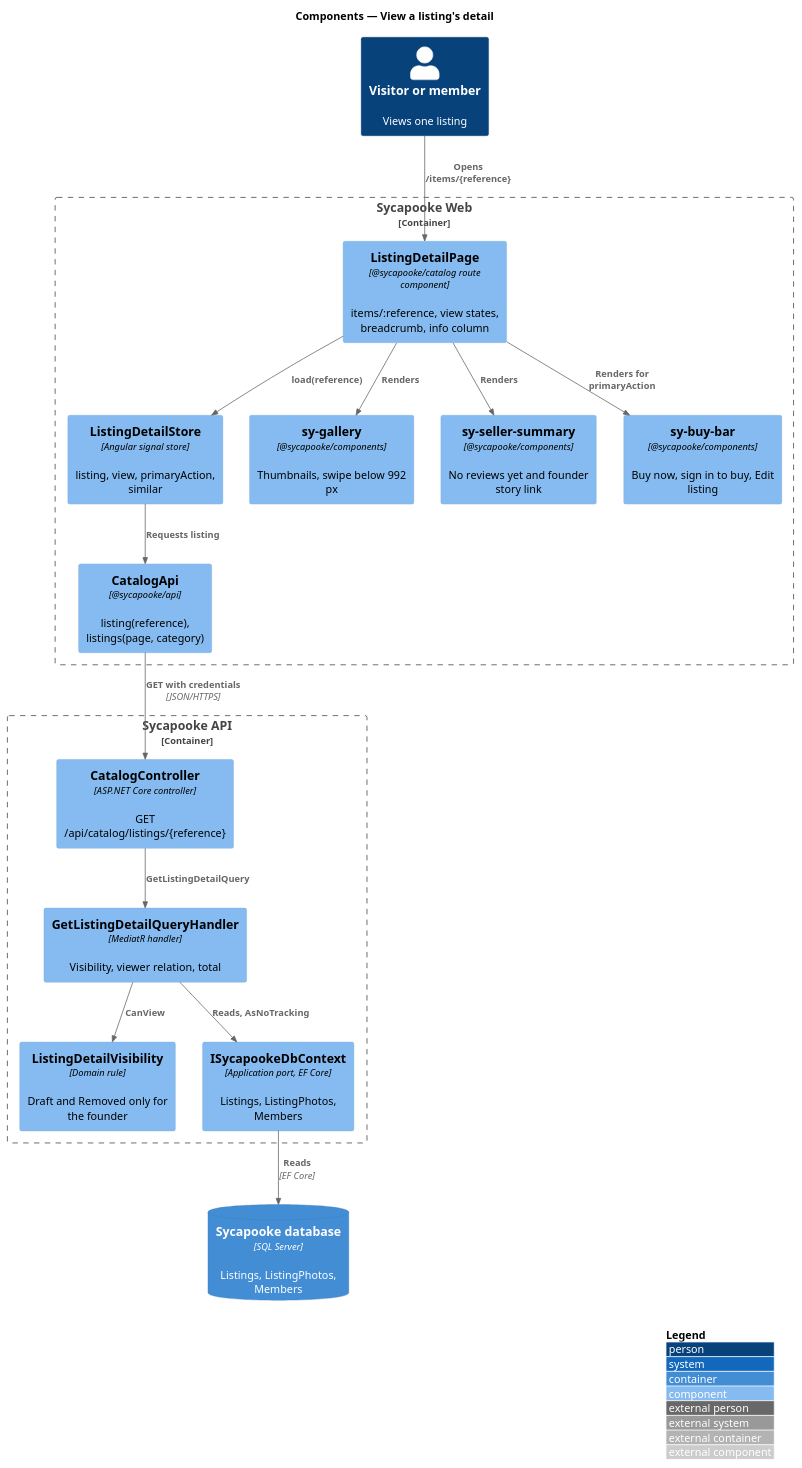
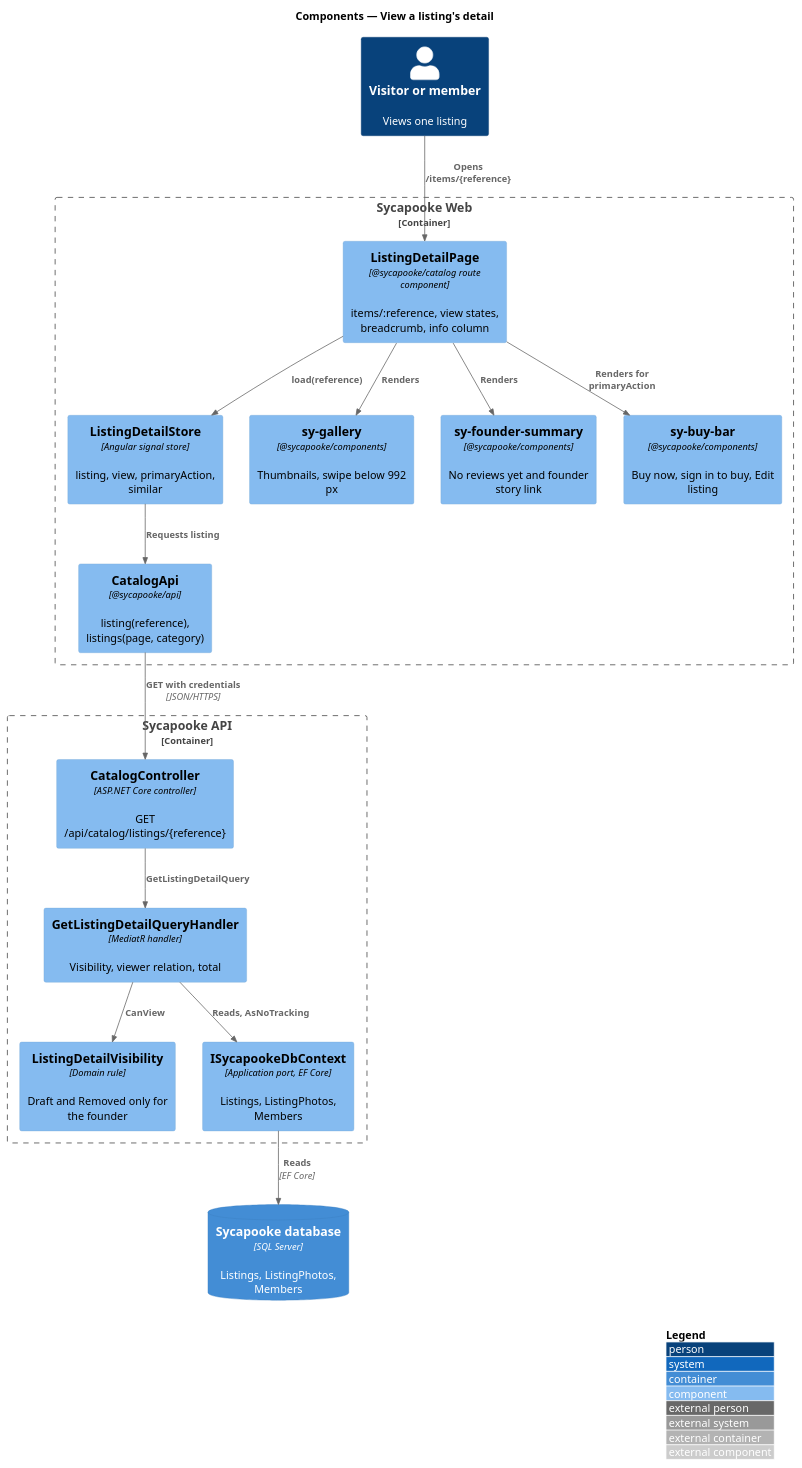
One commit to QuinntyneBrown/sycapooke changed the diagram in docs/detailed-designs/catalog/view-listing-detail/diagrams/c4-component.puml. Above: the diagram before and after it, drawn with PlantUML. The commit also changed 33 other files, not shown here.

Commit message:
Reconcile docs: /shop/problems route, founder-summary, shell wording, close-account and former-customer mock states

```diff
--- a/docs/detailed-designs/catalog/view-listing-detail/diagrams/c4-component.puml
+++ b/docs/detailed-designs/catalog/view-listing-detail/diagrams/c4-component.puml
@@ -1,34 +1,34 @@
 @startuml
 !include <C4/C4_Component>
 LAYOUT_WITH_LEGEND()
 title Components — View a listing's detail
 
 Person(viewer, "Visitor or member", "Views one listing")
 Container_Boundary(web, "Sycapooke Web") {
   Component(page, "ListingDetailPage", "@sycapooke/catalog route component", "items/:reference, view states, breadcrumb, info column")
   Component(store, "ListingDetailStore", "Angular signal store", "listing, view, primaryAction, similar")
   Component(gallery, "sy-gallery", "@sycapooke/components", "Thumbnails, swipe below 992 px")
-  Component(seller, "sy-seller-summary", "@sycapooke/components", "No reviews yet and founder story link")
+  Component(seller, "sy-founder-summary", "@sycapooke/components", "No reviews yet and founder story link")
   Component(buybar, "sy-buy-bar", "@sycapooke/components", "Buy now, sign in to buy, Edit listing")
   Component(client, "CatalogApi", "@sycapooke/api", "listing(reference), listings(page, category)")
 }
 Container_Boundary(api, "Sycapooke API") {
   Component(ctrl, "CatalogController", "ASP.NET Core controller", "GET /api/catalog/listings/{reference}")
   Component(handler, "GetListingDetailQueryHandler", "MediatR handler", "Visibility, viewer relation, total")
   Component(vis, "ListingDetailVisibility", "Domain rule", "Draft and Removed only for the founder")
   Component(dbctx, "ISycapookeDbContext", "Application port, EF Core", "Listings, ListingPhotos, Members")
 }
 ContainerDb(db, "Sycapooke database", "SQL Server", "Listings, ListingPhotos, Members")
 
 Rel(viewer, page, "Opens /items/{reference}")
 Rel(page, store, "load(reference)")
 Rel(page, gallery, "Renders")
 Rel(page, seller, "Renders")
 Rel(page, buybar, "Renders for primaryAction")
 Rel(store, client, "Requests listing")
 Rel(client, ctrl, "GET with credentials", "JSON/HTTPS")
 Rel(ctrl, handler, "GetListingDetailQuery")
 Rel(handler, vis, "CanView")
 Rel(handler, dbctx, "Reads, AsNoTracking")
 Rel(dbctx, db, "Reads", "EF Core")
 @enduml
```
